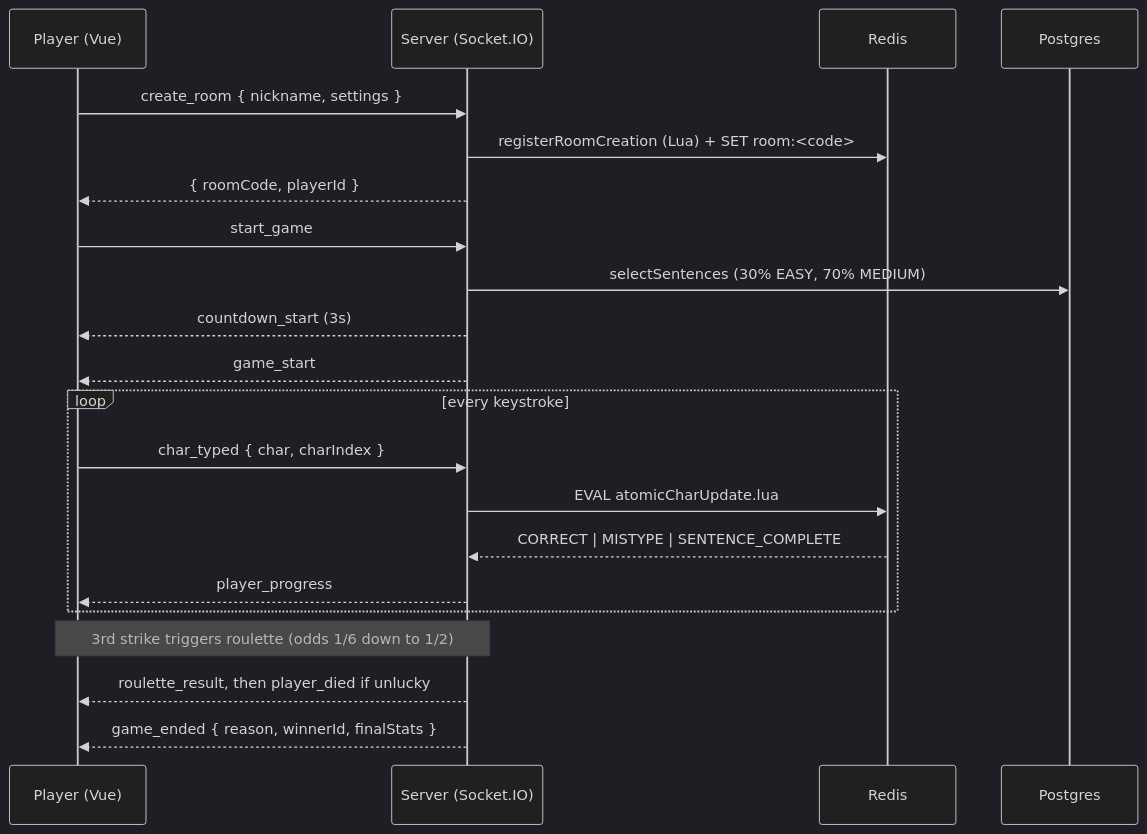
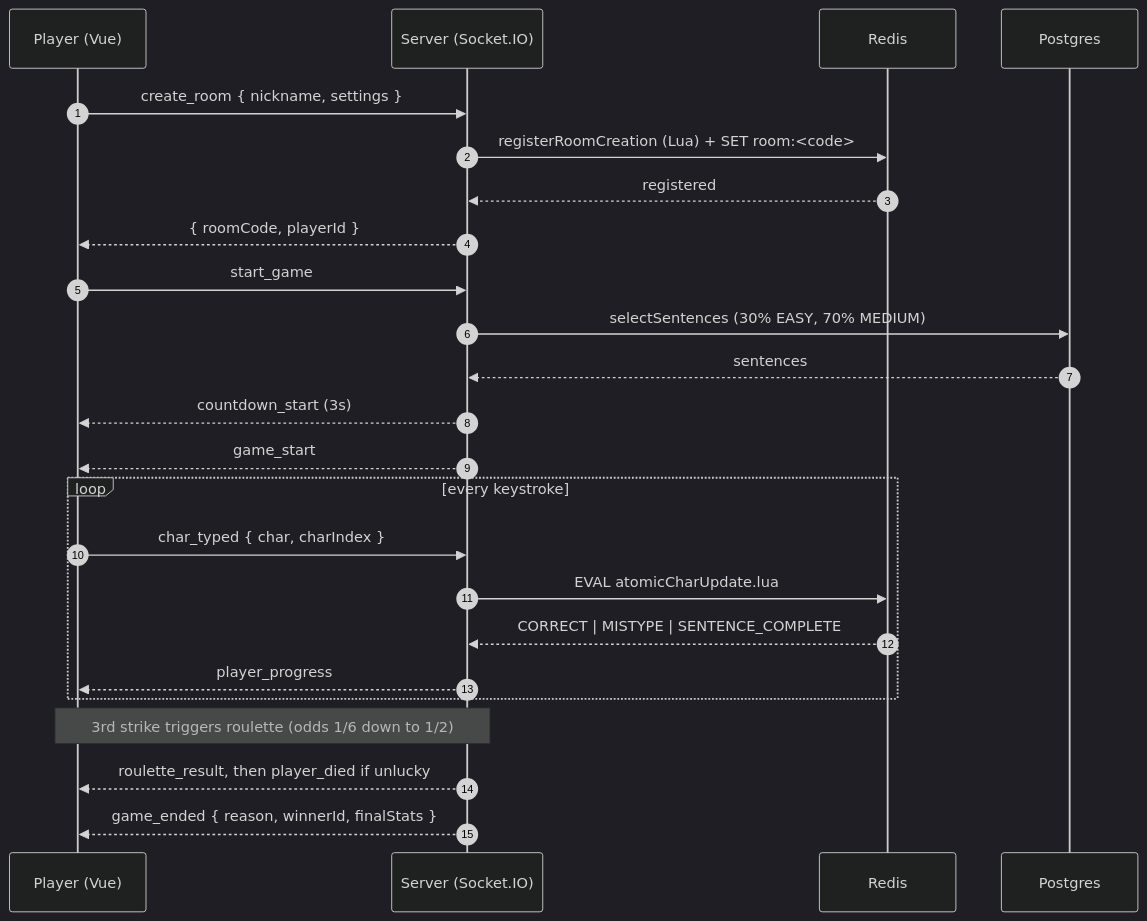
One commit to TheJaydenProject/type-or-die changed the second of 2 diagrams in README.md. Above: the diagram before and after it, drawn with Mermaid (dark theme). The commit also changed other lines of this file, not shown here.

Commit message:
docs: improve Mermaid diagrams with grounded styling

````diff
--- a/README.md
+++ b/README.md
@@ -197,24 +205,30 @@
 ```mermaid
 sequenceDiagram
+  autonumber
   participant P as Player (Vue)
   participant S as Server (Socket.IO)
   participant R as Redis
   participant D as Postgres
 
   P->>S: create_room { nickname, settings }
   S->>R: registerRoomCreation (Lua) + SET room:<code>
+  R-->>S: registered
   S-->>P: { roomCode, playerId }
+
   P->>S: start_game
   S->>D: selectSentences (30% EASY, 70% MEDIUM)
+  D-->>S: sentences
   S-->>P: countdown_start (3s)
   S-->>P: game_start
+
   loop every keystroke
     P->>S: char_typed { char, charIndex }
     S->>R: EVAL atomicCharUpdate.lua
     R-->>S: CORRECT | MISTYPE | SENTENCE_COMPLETE
     S-->>P: player_progress
   end
+
   Note over P,S: 3rd strike triggers roulette (odds 1/6 down to 1/2)
   S-->>P: roulette_result, then player_died if unlucky
   S-->>P: game_ended { reason, winnerId, finalStats }
 ```
````
